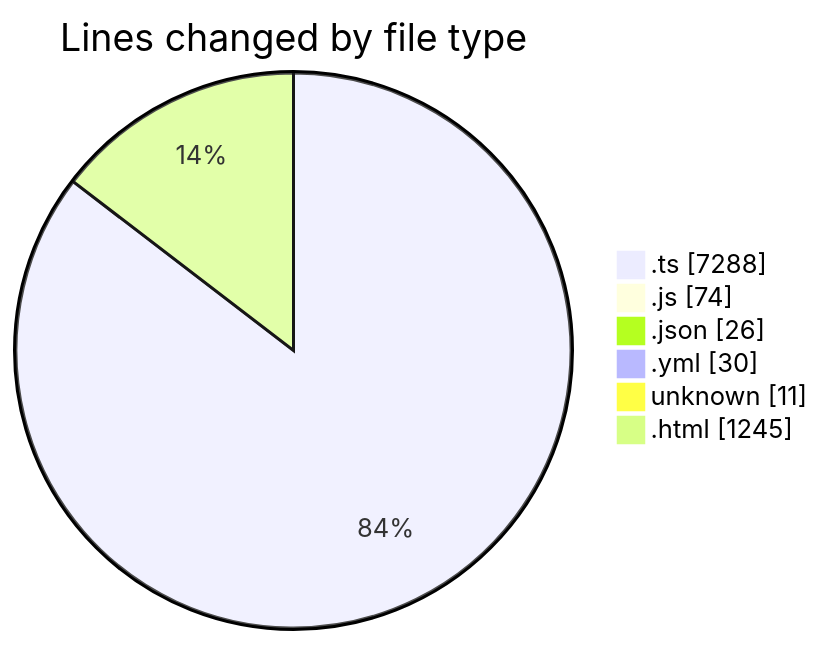
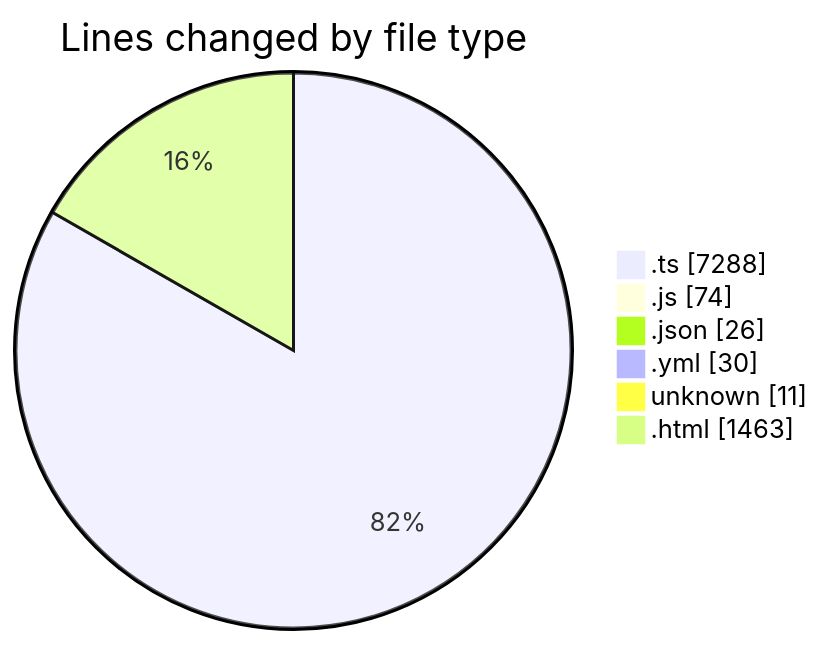
One commit to tmsrecording-cyber/code-tracking changed the first of 2 diagrams in 2026-02-07/singularitybrainai/README.md. Above: the diagram before and after it, drawn with Mermaid. The commit also changed other lines of this file and 1 other file, not shown here.

````diff
--- a/2026-02-07/singularitybrainai/README.md
+++ b/2026-02-07/singularitybrainai/README.md
@@ -41,10 +41,10 @@
 ```mermaid
 pie showData
 title Lines changed by file type
 ".ts" : 7288
 ".js" : 74
 ".json" : 26
 ".yml" : 30
 "unknown" : 11
-".html" : 1245
+".html" : 1463
 ```
````
